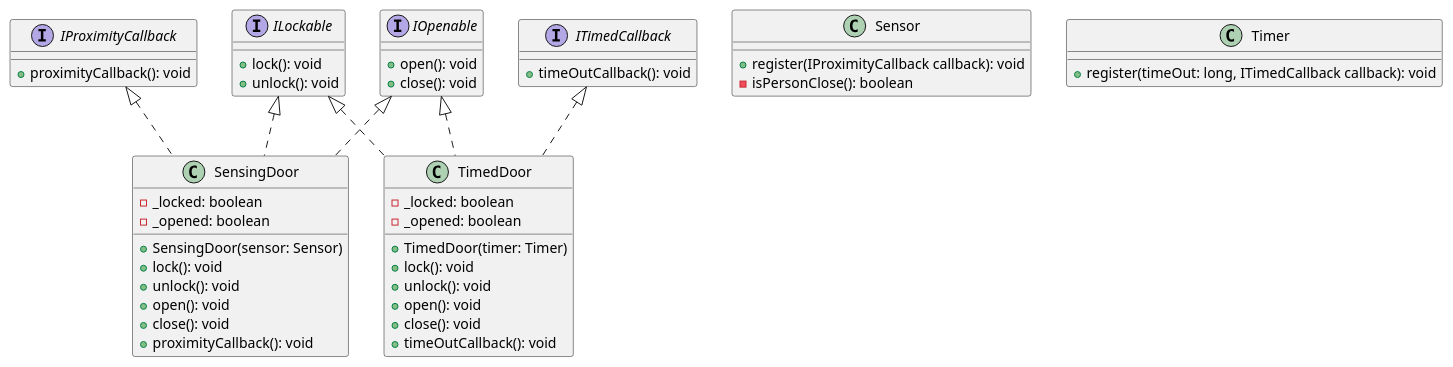
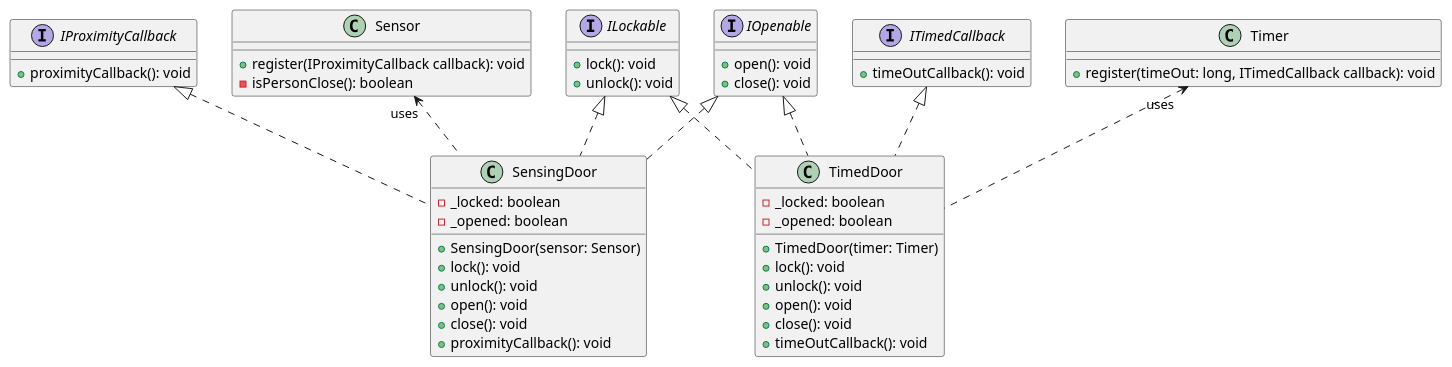
Before and after one commit to EyaRidene/TP_SOLID: the diagram in ISP/src/com/directi/training/isp/exercise_refactored/UML/isp.plantuml, drawn with PlantUML.

Commit message:
update timer sensor uml

```diff
--- a/ISP/src/com/directi/training/isp/exercise_refactored/UML/isp.plantuml
+++ b/ISP/src/com/directi/training/isp/exercise_refactored/UML/isp.plantuml
@@ -1,57 +1,59 @@
 @startuml
 interface ILockable {
     +lock(): void
     +unlock(): void
 }
 
 interface IOpenable {
     +open(): void
     +close(): void
 }
 
 interface IProximityCallback {
     +proximityCallback(): void
 }
 
 interface ITimedCallback {
     +timeOutCallback(): void
 }
 
 class SensingDoor {
     -_locked: boolean
     -_opened: boolean
     +SensingDoor(sensor: Sensor)
     +lock(): void
     +unlock(): void
     +open(): void
     +close(): void
     +proximityCallback(): void
 }
 
 class TimedDoor {
     -_locked: boolean
     -_opened: boolean
     +TimedDoor(timer: Timer)
     +lock(): void
     +unlock(): void
     +open(): void
     +close(): void
     +timeOutCallback(): void
 }
 
 class Sensor {
     +register(IProximityCallback callback): void
     -isPersonClose(): boolean
 }
 
 class Timer {
     +register(timeOut: long, ITimedCallback callback): void
 }
 
 ILockable <|.. SensingDoor
 IOpenable <|.. SensingDoor
 IProximityCallback <|.. SensingDoor
 ITimedCallback <|.. TimedDoor
 IOpenable <|.. TimedDoor
 ILockable <|.. TimedDoor
+Timer "uses"<.. TimedDoor
+Sensor "uses" <.. SensingDoor
 @enduml
```
